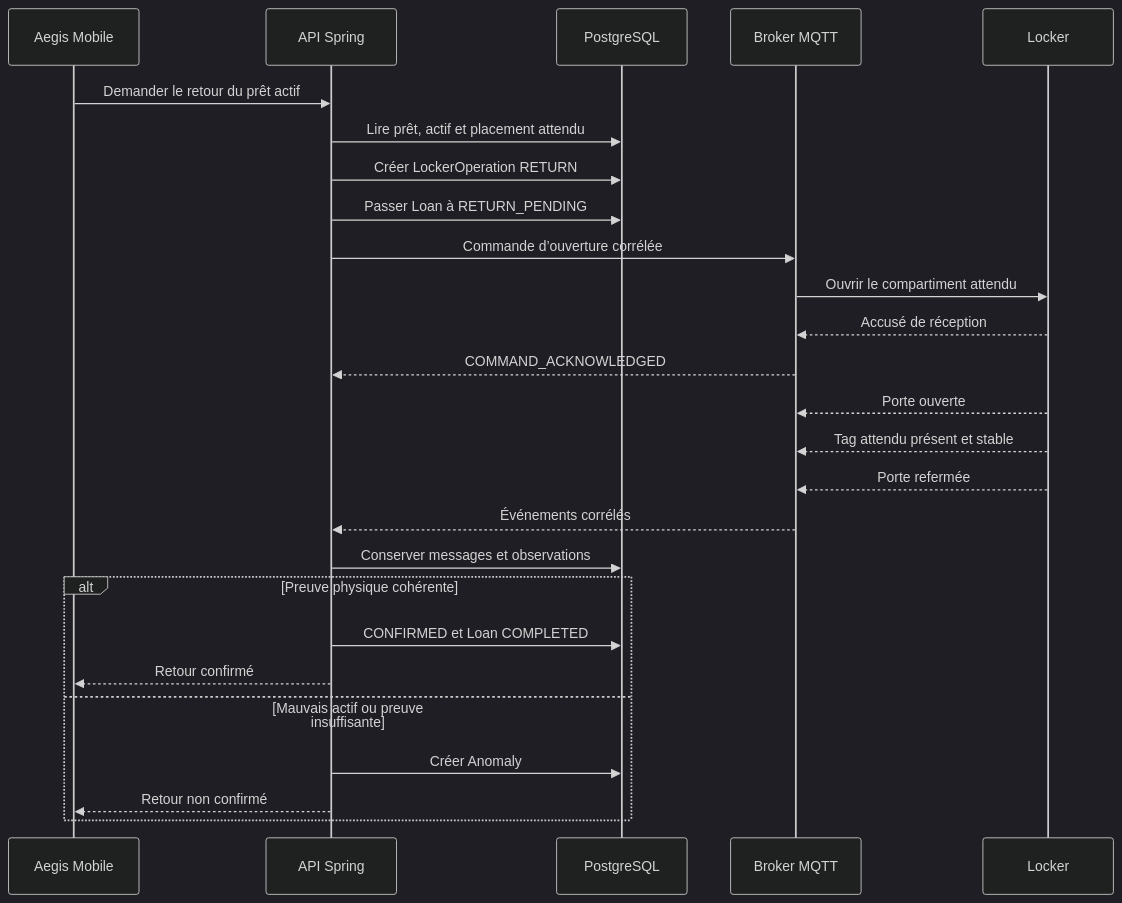
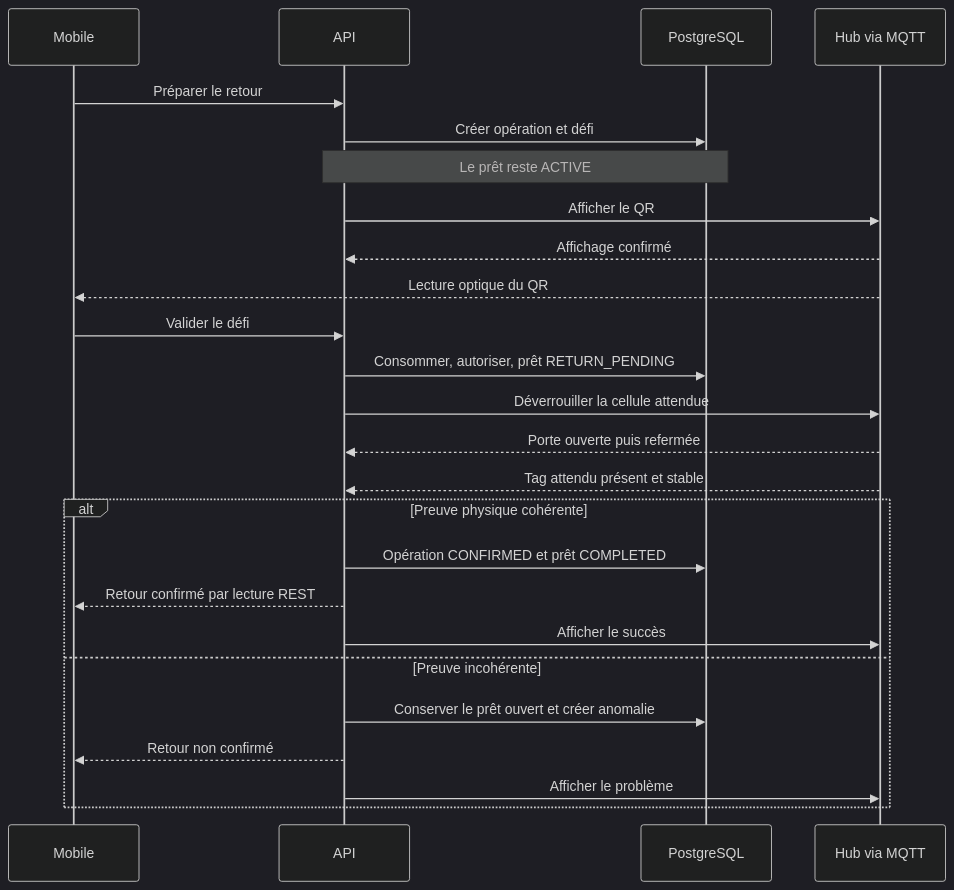
Before and after one commit to PhilJordan18/aegis: the fifth of 7 diagrams in docs/cahier-conception/04-modele-de-donnees-logique.md, drawn with Mermaid (dark theme). The commit also changed other lines of this file and 12 other files, not shown here.

````diff
--- a/docs/cahier-conception/04-modele-de-donnees-logique.md
+++ b/docs/cahier-conception/04-modele-de-donnees-logique.md
@@ -313,29 +319,27 @@
 ```mermaid
 sequenceDiagram
-    participant M as Aegis Mobile
-    participant A as API Spring
+    participant M as Mobile
+    participant A as API
     participant D as PostgreSQL
-    participant B as Broker MQTT
-    participant L as Locker
-
-    M->>A: Demander le retour du prêt actif
-    A->>D: Lire prêt, actif et placement attendu
-    A->>D: Créer LockerOperation RETURN
-    A->>D: Passer Loan à RETURN_PENDING
-    A->>B: Commande d’ouverture corrélée
-    B->>L: Ouvrir le compartiment attendu
-    L-->>B: Accusé de réception
-    B-->>A: COMMAND_ACKNOWLEDGED
-    L-->>B: Porte ouverte
-    L-->>B: Tag attendu présent et stable
-    L-->>B: Porte refermée
-    B-->>A: Événements corrélés
-    A->>D: Conserver messages et observations
+    participant H as Hub via MQTT
+    M->>A: Préparer le retour
+    A->>D: Créer opération et défi
+    Note over A,D: Le prêt reste ACTIVE
+    A->>H: Afficher le QR
+    H-->>A: Affichage confirmé
+    H-->>M: Lecture optique du QR
+    M->>A: Valider le défi
+    A->>D: Consommer, autoriser, prêt RETURN_PENDING
+    A->>H: Déverrouiller la cellule attendue
+    H-->>A: Porte ouverte puis refermée
+    H-->>A: Tag attendu présent et stable
     alt Preuve physique cohérente
-        A->>D: CONFIRMED et Loan COMPLETED
-        A-->>M: Retour confirmé
-    else Mauvais actif ou preuve insuffisante
-        A->>D: Créer Anomaly
+        A->>D: Opération CONFIRMED et prêt COMPLETED
+        A-->>M: Retour confirmé par lecture REST
+        A->>H: Afficher le succès
+    else Preuve incohérente
+        A->>D: Conserver le prêt ouvert et créer anomalie
         A-->>M: Retour non confirmé
+        A->>H: Afficher le problème
     end
 ```
````
